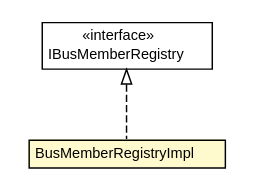
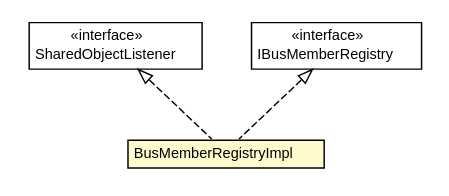
Before and after one commit to universAAL/middleware: the diagram in mw.pom/apidocs/org/universAAL/middleware/tracker/impl/BusMemberRegistryImpl.dot, drawn with Graphviz. The commit also changed 19 other files, not shown here.

```diff
--- a/mw.pom/apidocs/org/universAAL/middleware/tracker/impl/BusMemberRegistryImpl.dot
+++ b/mw.pom/apidocs/org/universAAL/middleware/tracker/impl/BusMemberRegistryImpl.dot
@@ -1,27 +1,36 @@
 #!/usr/local/bin/dot
 #
 # Class diagram 
 # Generated by UMLGraph version R5_6-24-gf6e263 (http://www.umlgraph.org/)
 #
 
 digraph G {
 	edge [fontname="Helvetica",fontsize=10,labelfontname="Helvetica",labelfontsize=10];
 	node [fontname="Helvetica",fontsize=10,shape=plaintext];
 	nodesep=0.25;
 	ranksep=0.5;
+	// org.universAAL.middleware.container.SharedObjectListener
+	c109598 [label=<<table title="org.universAAL.middleware.container.SharedObjectListener" border="0" cellborder="1" cellspacing="0" cellpadding="2" port="p" href="../../container/SharedObjectListener.html">
+		<tr><td><table border="0" cellspacing="0" cellpadding="1">
+<tr><td align="center" balign="center"> &#171;interface&#187; </td></tr>
+<tr><td align="center" balign="center"> SharedObjectListener </td></tr>
+		</table></td></tr>
+		</table>>, URL="../../container/SharedObjectListener.html", fontname="Helvetica", fontcolor="black", fontsize=10.0];
 	// org.universAAL.middleware.tracker.IBusMemberRegistry
 	c110078 [label=<<table title="org.universAAL.middleware.tracker.IBusMemberRegistry" border="0" cellborder="1" cellspacing="0" cellpadding="2" port="p" href="../IBusMemberRegistry.html">
 		<tr><td><table border="0" cellspacing="0" cellpadding="1">
 <tr><td align="center" balign="center"> &#171;interface&#187; </td></tr>
 <tr><td align="center" balign="center"> IBusMemberRegistry </td></tr>
 		</table></td></tr>
 		</table>>, URL="../IBusMemberRegistry.html", fontname="Helvetica", fontcolor="black", fontsize=10.0];
 	// org.universAAL.middleware.tracker.impl.BusMemberRegistryImpl
 	c110081 [label=<<table title="org.universAAL.middleware.tracker.impl.BusMemberRegistryImpl" border="0" cellborder="1" cellspacing="0" cellpadding="2" port="p" bgcolor="lemonChiffon" href="./BusMemberRegistryImpl.html">
 		<tr><td><table border="0" cellspacing="0" cellpadding="1">
 <tr><td align="center" balign="center"> BusMemberRegistryImpl </td></tr>
 		</table></td></tr>
 		</table>>, URL="./BusMemberRegistryImpl.html", fontname="Helvetica", fontcolor="black", fontsize=10.0];
 	//org.universAAL.middleware.tracker.impl.BusMemberRegistryImpl implements org.universAAL.middleware.tracker.IBusMemberRegistry
 	c110078:p -> c110081:p [dir=back,arrowtail=empty,style=dashed];
+	//org.universAAL.middleware.tracker.impl.BusMemberRegistryImpl implements org.universAAL.middleware.container.SharedObjectListener
+	c109598:p -> c110081:p [dir=back,arrowtail=empty,style=dashed];
 }
```
